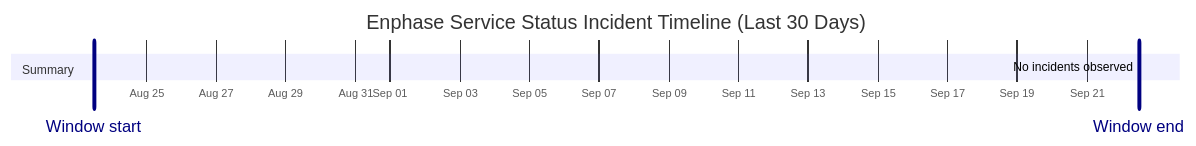
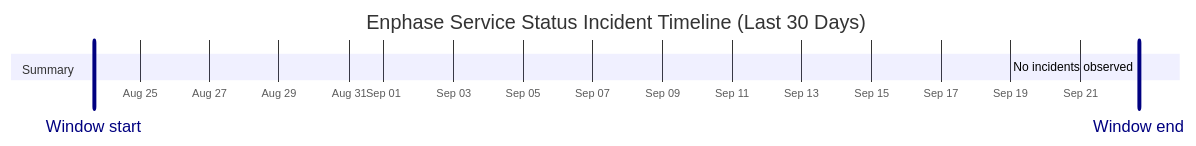
One commit to barneyonline/ha-enphase-energy changed the diagram in wiki/Service-Status-History.md. Above: the diagram before and after it, drawn with Mermaid. The commit also changed other lines of this file and 3 other files, not shown here.

````diff
--- a/wiki/Service-Status-History.md
+++ b/wiki/Service-Status-History.md
@@ -14,10 +14,10 @@
 ```mermaid
 gantt
     title Enphase Service Status Incident Timeline (Last 30 Days)
     dateFormat  YYYY-MM-DDTHH:mm:ss
     axisFormat  %b %d
-    Window start :vert, window-start, 2026-08-23T11:56:18, 0ms
-    Window end :vert, window-end, 2026-09-22T11:56:18, 0ms
+    Window start :vert, window-start, 2026-08-23T16:28:54, 0ms
+    Window end :vert, window-end, 2026-09-22T16:28:54, 0ms
     section Summary
-    No incidents observed :done, 2026-09-22T11:56:18, 1m
+    No incidents observed :done, 2026-09-22T16:28:54, 1m
 ```
````
